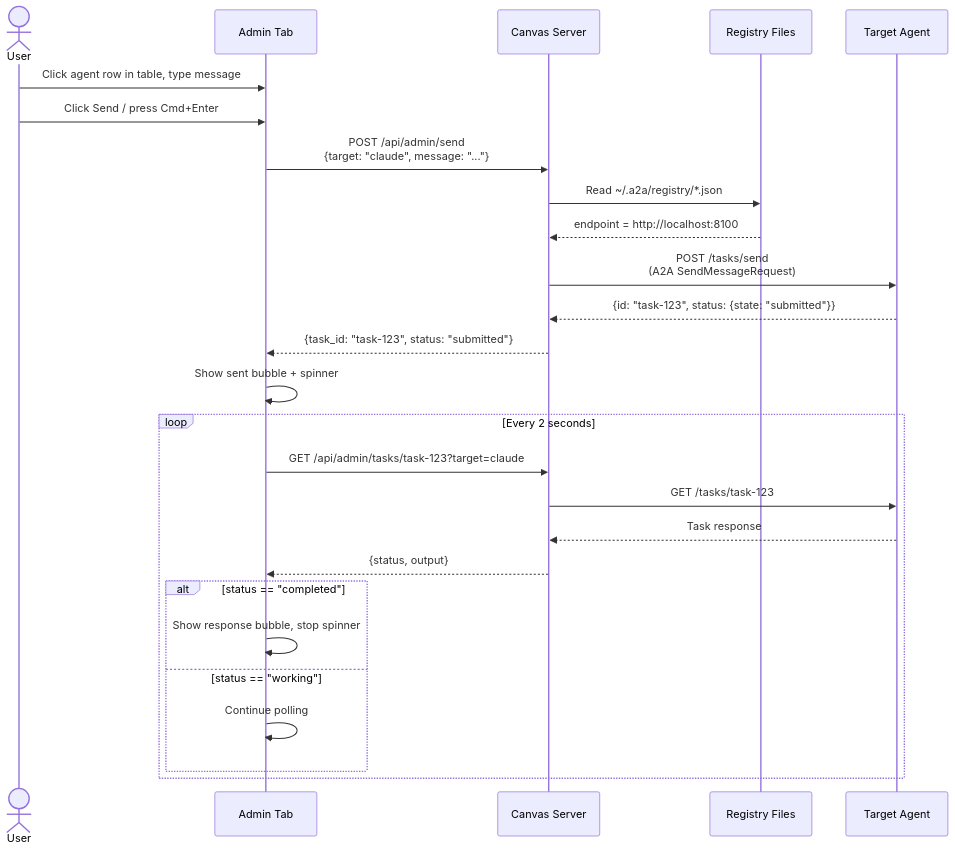
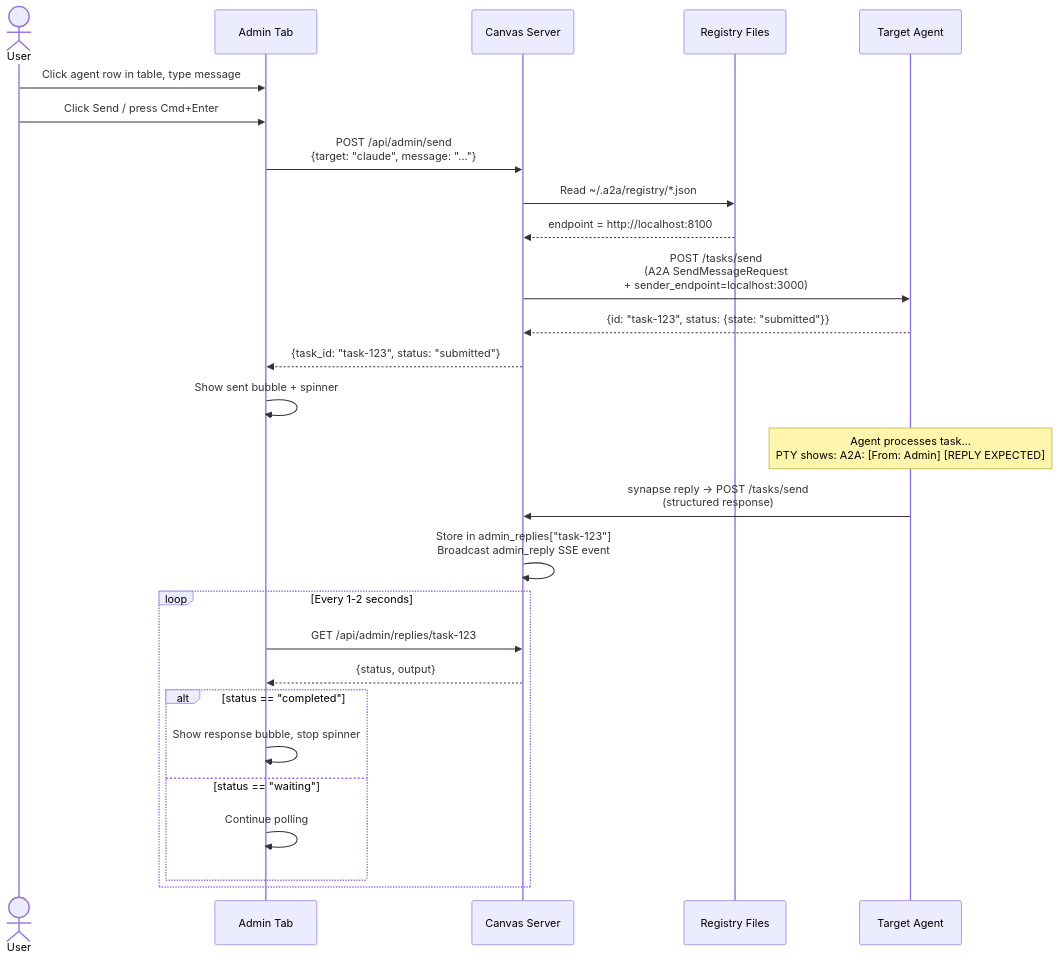
The fifth of 5 diagrams in docs/admin-command-center.md (s-hiraoku/synapse-a2a), drawn with Mermaid before and after one commit. The commit also changed other lines of this file and 11 other files, not shown here.

First line of the commit message:
feat: replace admin PTY streaming with reply-based response flow

````diff
--- a/docs/admin-command-center.md
+++ b/docs/admin-command-center.md
@@ -436,30 +494,32 @@
 ```mermaid
 sequenceDiagram
     actor User
     participant UI as Admin Tab
     participant API as Canvas Server
     participant Reg as Registry Files
     participant Agent as Target Agent
 
     User->>UI: Click agent row in table, type message
     User->>UI: Click Send / press Cmd+Enter
     UI->>API: POST /api/admin/send<br/>{target: "claude", message: "..."}
     API->>Reg: Read ~/.a2a/registry/*.json
     Reg-->>API: endpoint = http://localhost:8100
-    API->>Agent: POST /tasks/send<br/>(A2A SendMessageRequest)
+    API->>Agent: POST /tasks/send<br/>(A2A SendMessageRequest<br/>+ sender_endpoint=localhost:3000)
     Agent-->>API: {id: "task-123", status: {state: "submitted"}}
     API-->>UI: {task_id: "task-123", status: "submitted"}
     UI->>UI: Show sent bubble + spinner
 
-    loop Every 2 seconds
-        UI->>API: GET /api/admin/tasks/task-123?target=claude
-        API->>Agent: GET /tasks/task-123
-        Agent-->>API: Task response
+    Note over Agent: Agent processes task...<br/>PTY shows: A2A: [From: Admin] [REPLY EXPECTED]
+    Agent->>API: synapse reply → POST /tasks/send<br/>(structured response)
+    API->>API: Store in admin_replies["task-123"]<br/>Broadcast admin_reply SSE event
+
+    loop Every 1-2 seconds
+        UI->>API: GET /api/admin/replies/task-123
         API-->>UI: {status, output}
         alt status == "completed"
             UI->>UI: Show response bubble, stop spinner
-        else status == "working"
+        else status == "waiting"
             UI->>UI: Continue polling
         end
     end
 ```
````
